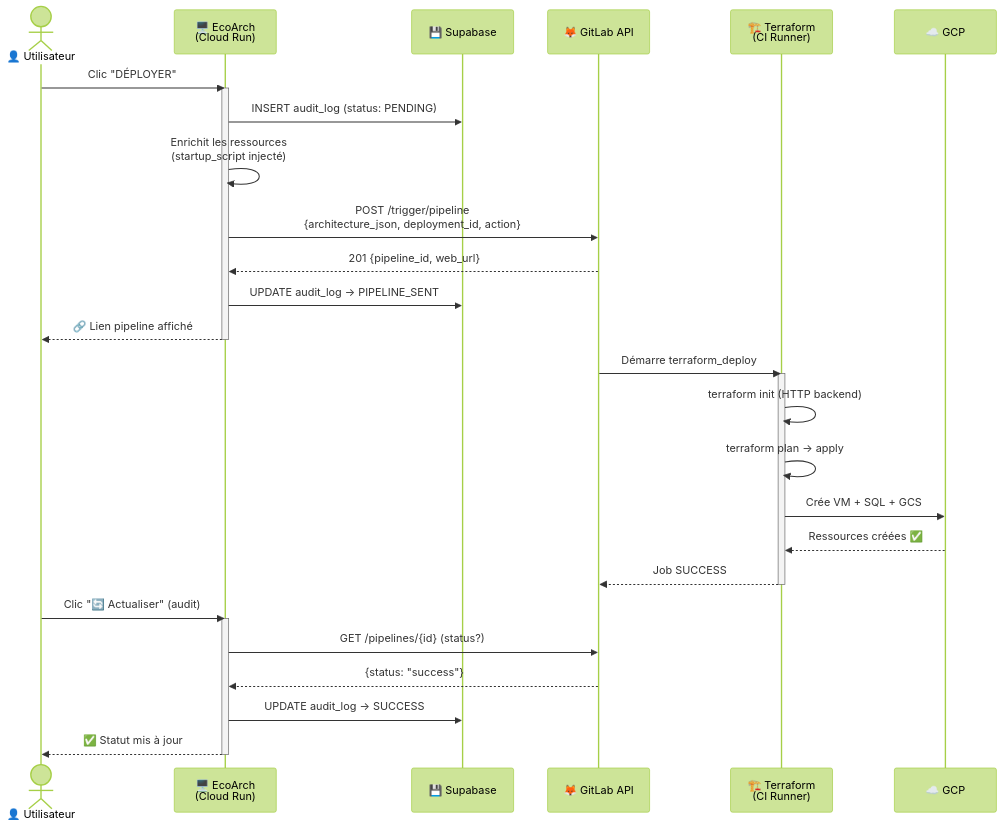
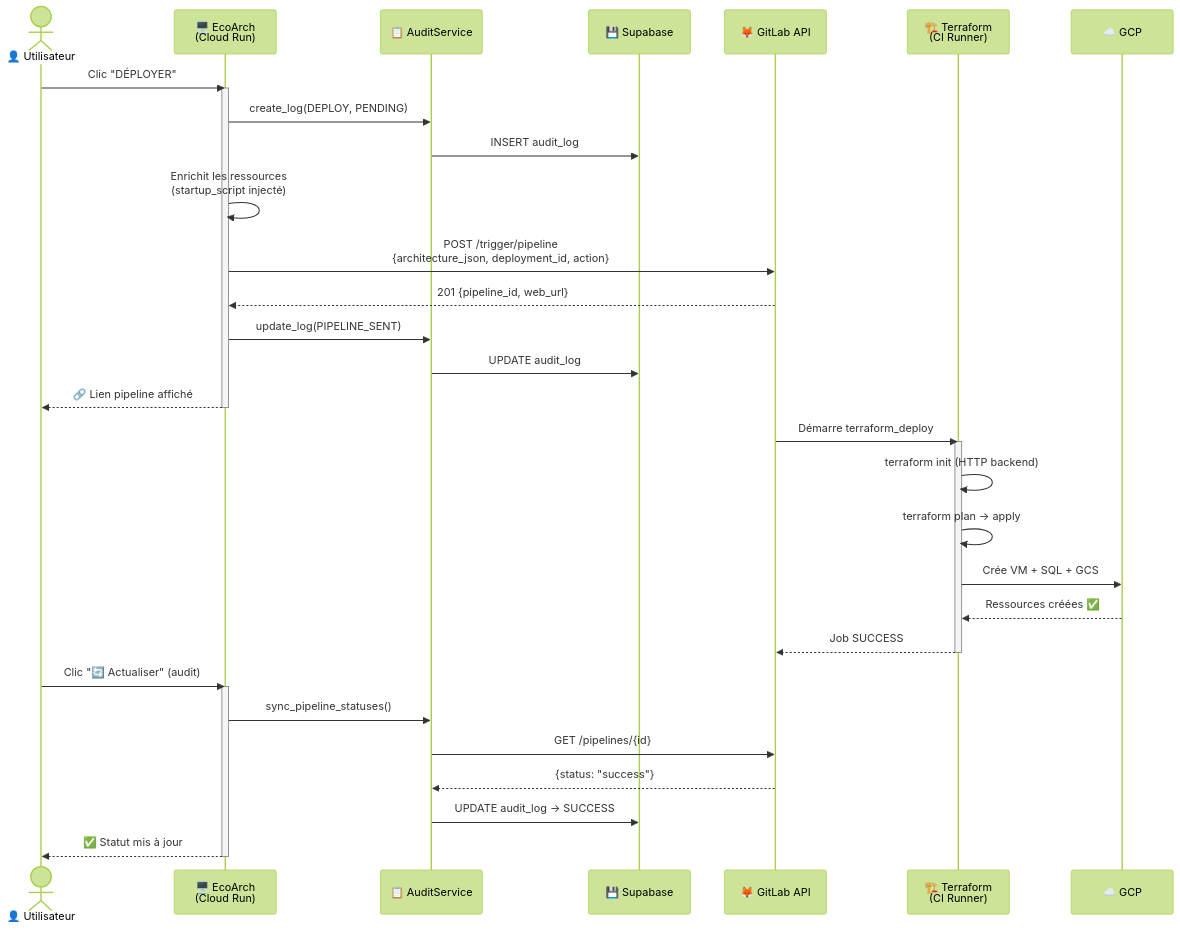
Before and after one commit to HichOps/EcoArch: the fourth of 6 diagrams in README.md, drawn with Mermaid (forest theme). The commit also changed other lines of this file and 7 other files, not shown here.

````diff
--- a/README.md
+++ b/README.md
@@ -192,36 +260,40 @@
 ```mermaid
 sequenceDiagram
     actor User as 👤 Utilisateur
     participant App as 🖥️ EcoArch<br/>(Cloud Run)
+    participant Audit as 📋 AuditService
     participant Supa as 💾 Supabase
     participant GL as 🦊 GitLab API
     participant TF as 🏗️ Terraform<br/>(CI Runner)
     participant GCP as ☁️ GCP
 
     User->>App: Clic "DÉPLOYER"
     activate App
-    App->>Supa: INSERT audit_log (status: PENDING)
+    App->>Audit: create_log(DEPLOY, PENDING)
+    Audit->>Supa: INSERT audit_log
     App->>App: Enrichit les ressources<br/>(startup_script injecté)
     App->>GL: POST /trigger/pipeline<br/>{architecture_json, deployment_id, action}
     GL-->>App: 201 {pipeline_id, web_url}
-    App->>Supa: UPDATE audit_log → PIPELINE_SENT
+    App->>Audit: update_log(PIPELINE_SENT)
+    Audit->>Supa: UPDATE audit_log
     App-->>User: 🔗 Lien pipeline affiché
     deactivate App
 
     GL->>TF: Démarre terraform_deploy
     activate TF
     TF->>TF: terraform init (HTTP backend)
     TF->>TF: terraform plan → apply
     TF->>GCP: Crée VM + SQL + GCS
     GCP-->>TF: Ressources créées ✅
     TF-->>GL: Job SUCCESS
     deactivate TF
 
     User->>App: Clic "🔄 Actualiser" (audit)
     activate App
-    App->>GL: GET /pipelines/{id} (status?)
-    GL-->>App: {status: "success"}
-    App->>Supa: UPDATE audit_log → SUCCESS
+    App->>Audit: sync_pipeline_statuses()
+    Audit->>GL: GET /pipelines/{id}
+    GL-->>Audit: {status: "success"}
+    Audit->>Supa: UPDATE audit_log → SUCCESS
     App-->>User: ✅ Statut mis à jour
     deactivate App
 ```
````
